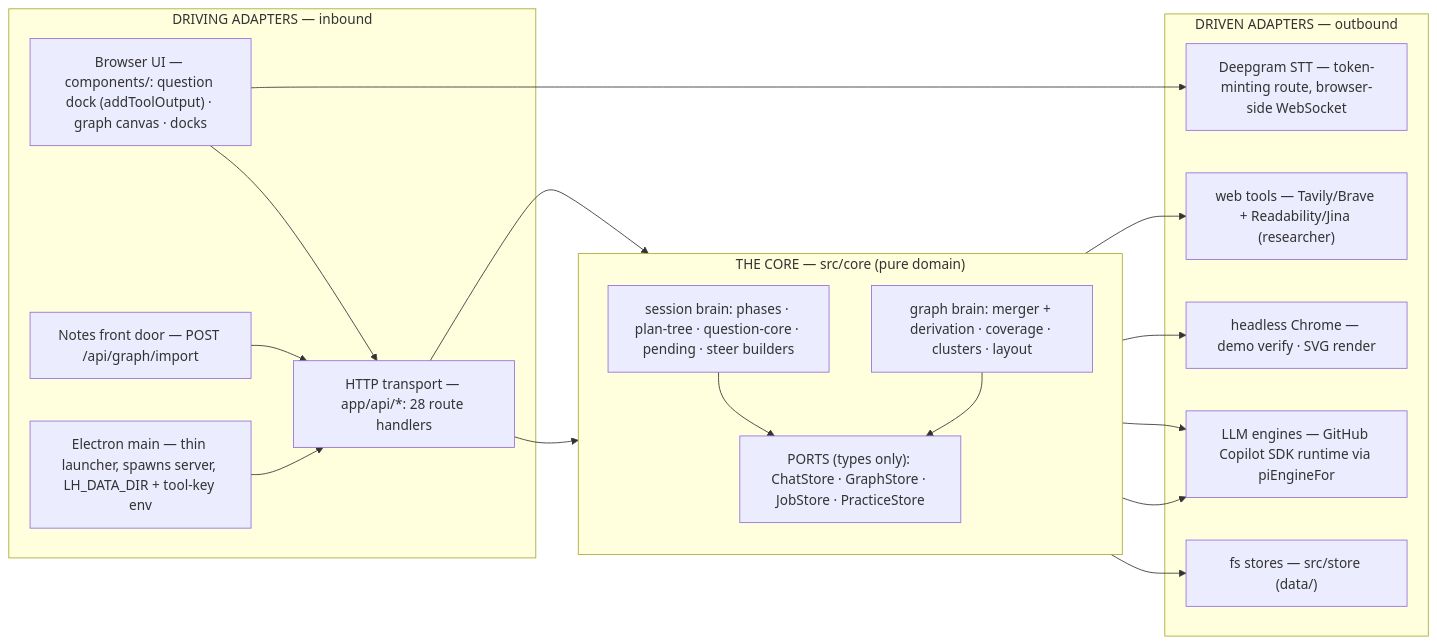
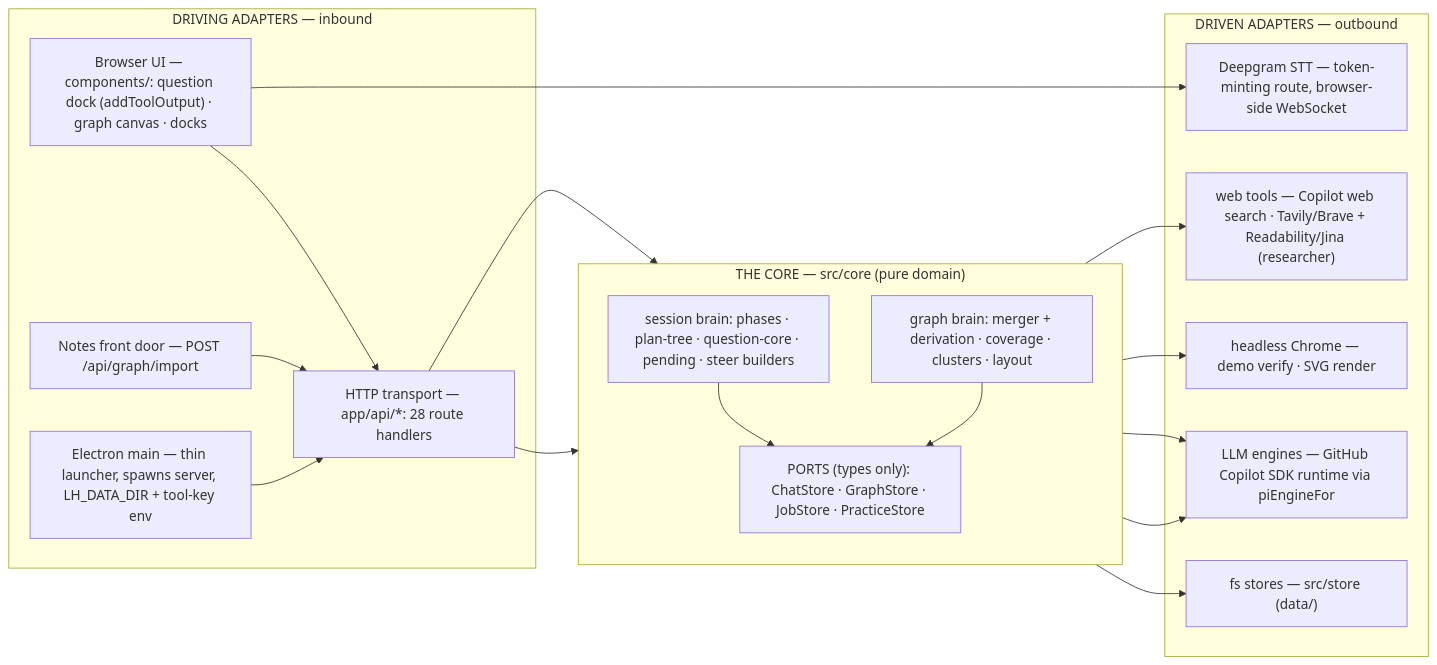
One commit to Bakar404/cairn changed the second of 7 diagrams in docs/architecture.md. Above: the diagram before and after it, drawn with Mermaid. The commit also changed other lines of this file and 12 other files, not shown here.

First line of the commit message:
Use GitHub Copilot web search for research

````diff
--- a/docs/architecture.md
+++ b/docs/architecture.md
@@ -171,38 +171,38 @@
 ```mermaid
 flowchart LR
     subgraph DRIVING["DRIVING ADAPTERS — inbound"]
         BROWSER["Browser UI — components/: question dock (addToolOutput) · graph canvas · docks"]
         HTTP["HTTP transport — app/api/*: 28 route handlers"]
         NOTES["Notes front door — POST /api/graph/import"]
         ELEC["Electron main — thin launcher, spawns server, LH_DATA_DIR + tool-key env"]
     end
 
     subgraph HEXCORE["THE CORE — src/core (pure domain)"]
         direction TB
         SESS["session brain: phases · plan-tree · question-core · pending · steer builders"]
         GBRAIN["graph brain: merger + derivation · coverage · clusters · layout"]
         PORTSBOX["PORTS (types only): ChatStore · GraphStore · JobStore · PracticeStore"]
     end
 
     subgraph DRIVEN["DRIVEN ADAPTERS — outbound"]
         FS["fs stores — src/store (data/)"]
         LLM["LLM engines — GitHub Copilot SDK runtime via piEngineFor"]
         HEAD["headless Chrome — demo verify · SVG render"]
         DEEP["Deepgram STT — token-minting route, browser-side WebSocket"]
-        WEB["web tools — Tavily/Brave + Readability/Jina (researcher)"]
+        WEB["web tools — Copilot web search · Tavily/Brave + Readability/Jina (researcher)"]
     end
 
     BROWSER --> HTTP
     NOTES --> HTTP
     ELEC --> HTTP
     HTTP --> SESS
     HTTP --> GBRAIN
     SESS --> PORTSBOX
     GBRAIN --> PORTSBOX
     PORTSBOX --> FS
     SESS --> LLM
     GBRAIN --> LLM
     SESS --> HEAD
     SESS --> WEB
     BROWSER --> DEEP
 ```
````
